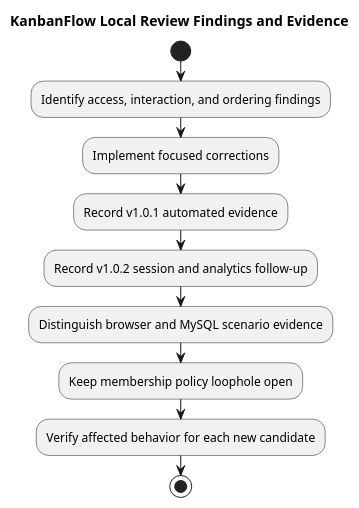
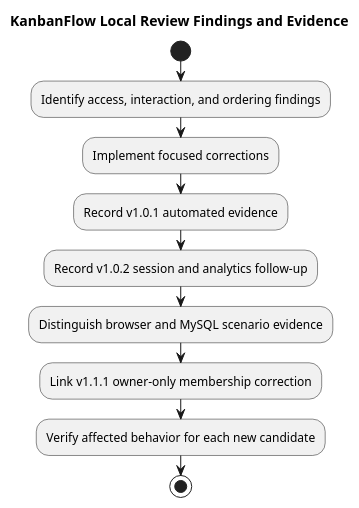
One commit to Farhad-Valizadegan/Web-KanbanFlow changed the diagram in docs/diagrams/LOCAL_REVIEW_FIXES.puml. Above: the diagram before and after it, drawn with PlantUML. The commit also changed 127 other files, not shown here.

```diff
--- a/docs/diagrams/LOCAL_REVIEW_FIXES.puml
+++ b/docs/diagrams/LOCAL_REVIEW_FIXES.puml
@@ -1,12 +1,12 @@
 @startuml
 title KanbanFlow Local Review Findings and Evidence
 start
 :Identify access, interaction, and ordering findings;
 :Implement focused corrections;
 :Record v1.0.1 automated evidence;
 :Record v1.0.2 session and analytics follow-up;
 :Distinguish browser and MySQL scenario evidence;
-:Keep membership policy loophole open;
+:Link v1.1.1 owner-only membership correction;
 :Verify affected behavior for each new candidate;
 stop
 @enduml
```
